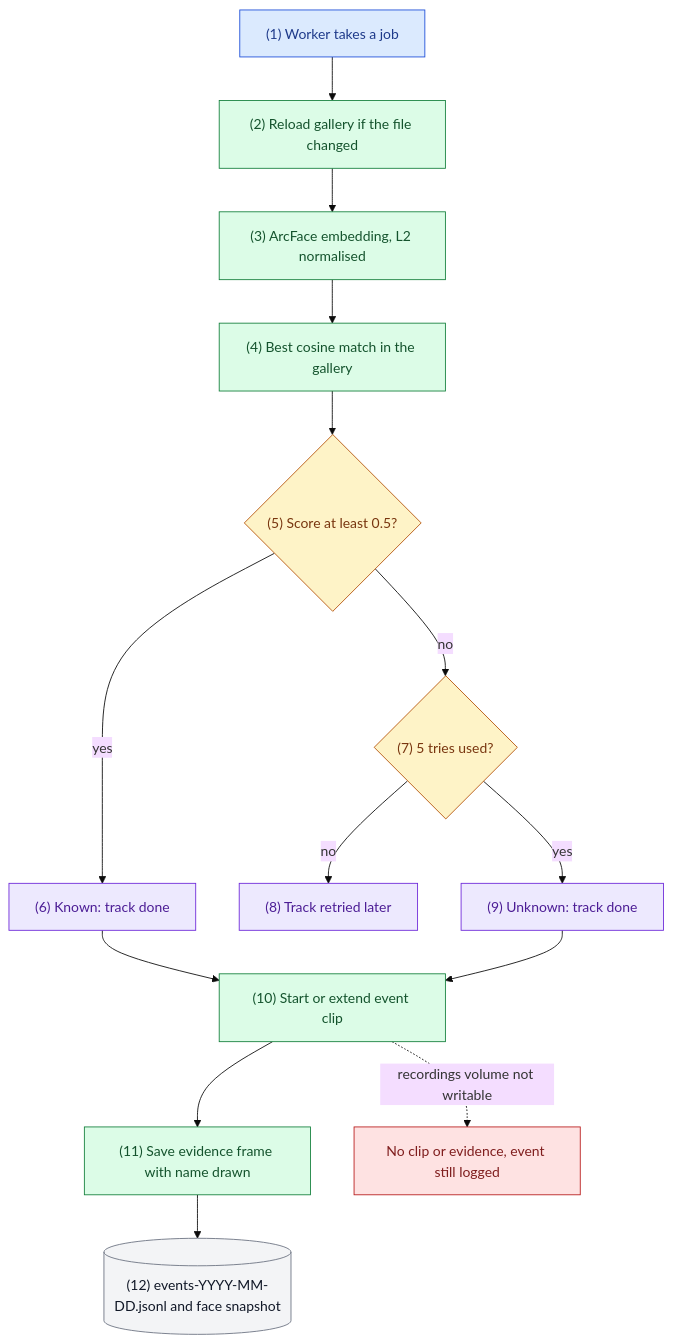
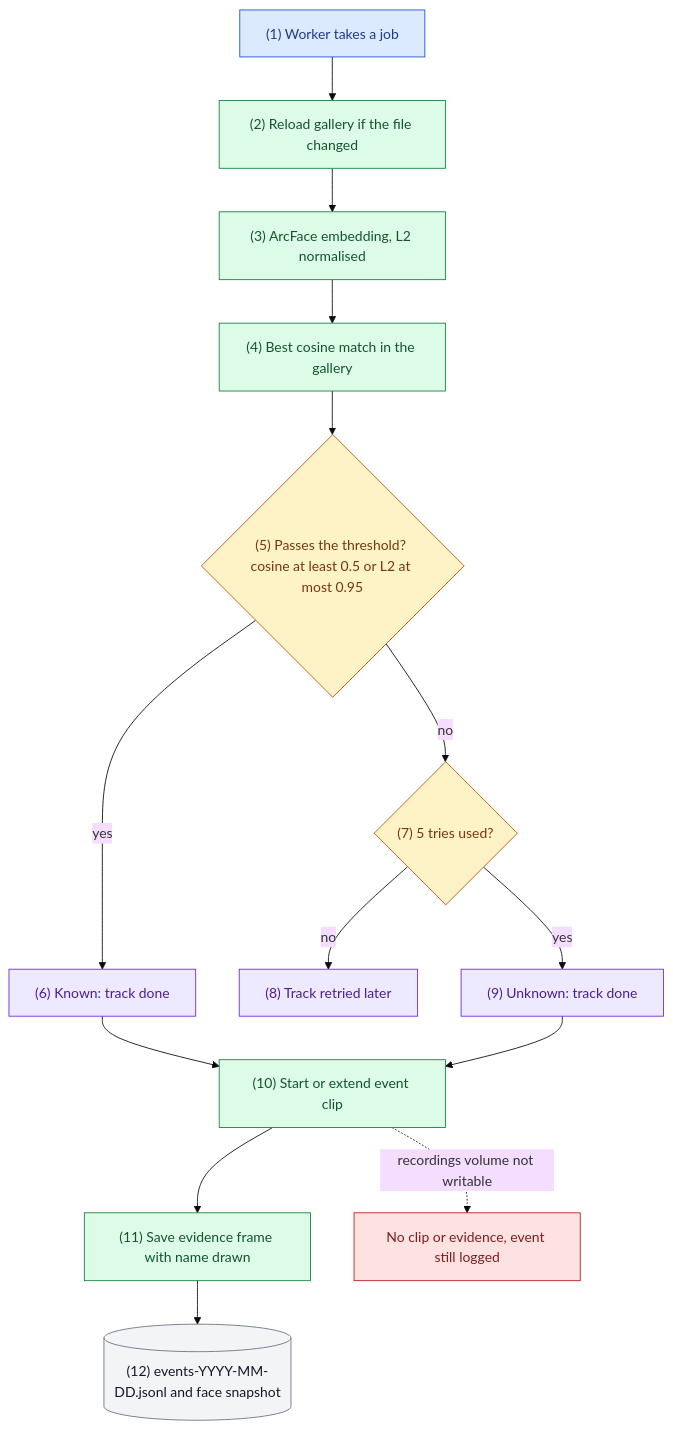
The second of 4 diagrams in docs/FLOW.md (hamza-aziz-ai/Jetson-Nano-Face-Recognition-Attendance-System), drawn with Mermaid (base theme) before and after one commit. The commit also changed other lines of this file and 7 other files, not shown here.

````diff
--- a/docs/FLOW.md
+++ b/docs/FLOW.md
@@ -46,19 +46,19 @@
 ```mermaid
 flowchart TD
   J["`(1) Worker takes a job`"]:::entry --> G["`(2) Reload gallery if the file changed`"]:::step --> E["`(3) ArcFace embedding, L2 normalised`"]:::step
-  E --> B["`(4) Best cosine match in the gallery`"]:::step --> K{"`(5) Score at least 0.5?`"}:::decision
+  E --> B["`(4) Best cosine match in the gallery`"]:::step --> K{"`(5) Passes the threshold? cosine at least 0.5 or L2 at most 0.95`"}:::decision
   K -->|"`yes`"| KN["`(6) Known: track done`"]:::outcome
   K -->|"`no`"| TR{"`(7) 5 tries used?`"}:::decision
   TR -->|"`no`"| RT["`(8) Track retried later`"]:::outcome
   TR -->|"`yes`"| UN["`(9) Unknown: track done`"]:::outcome
   KN --> C["`(10) Start or extend event clip`"]:::step
   UN --> C
   C --> EV["`(11) Save evidence frame with name drawn`"]:::step --> LOG[("`(12) events-YYYY-MM-DD.jsonl and face snapshot`")]:::store
   C -. "`recordings volume not writable`" .-> NOREC["`No clip or evidence, event still logged`"]:::error
   classDef entry fill:#dbeafe,stroke:#1d4ed8,color:#1e3a8a
   classDef step fill:#dcfce7,stroke:#15803d,color:#14532d
   classDef decision fill:#fef3c7,stroke:#b45309,color:#78350f
   classDef outcome fill:#ede9fe,stroke:#6d28d9,color:#4c1d95
   classDef error fill:#fee2e2,stroke:#b91c1c,color:#7f1d1d
   classDef store fill:#f3f4f6,stroke:#6b7280,color:#111827
 ```
````
